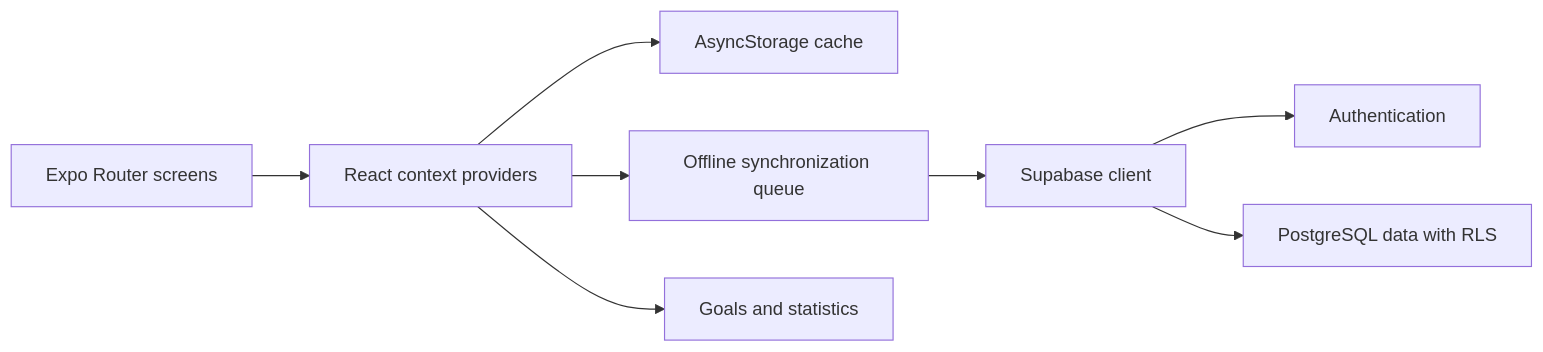
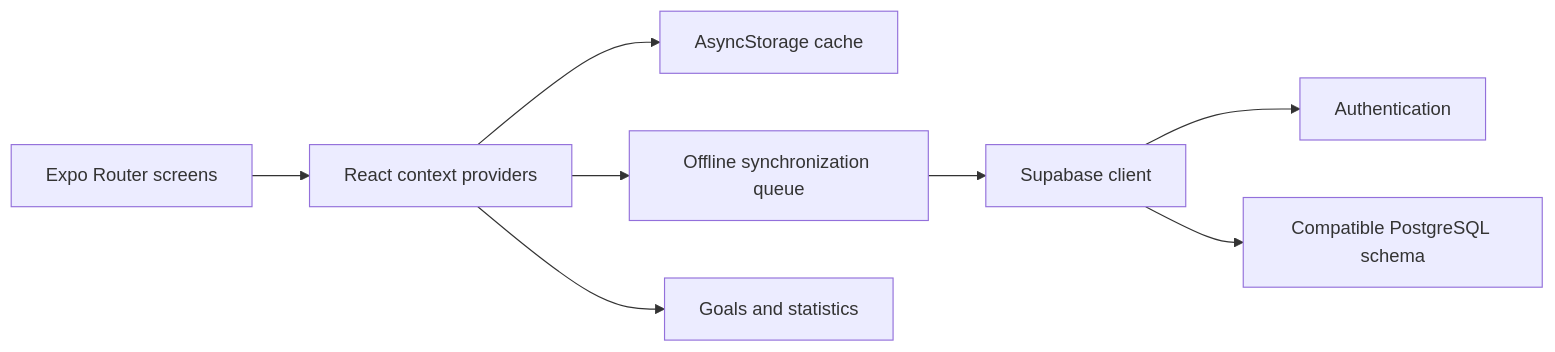
One commit to AbrarZShahriar/rizz-v4-ken changed the diagram in README.md. Above: the diagram before and after it, drawn with Mermaid. The commit also changed other lines of this file and 29 other files, not shown here.

````diff
--- a/README.md
+++ b/README.md
@@ -29,10 +31,10 @@
 ```mermaid
 flowchart LR
     UI[Expo Router screens] --> State[React context providers]
     State --> Cache[AsyncStorage cache]
     State --> Queue[Offline synchronization queue]
     Queue --> API[Supabase client]
     API --> Auth[Authentication]
-    API --> Data[PostgreSQL data with RLS]
+    API --> Data[Compatible PostgreSQL schema]
     State --> Insights[Goals and statistics]
 ```
````
